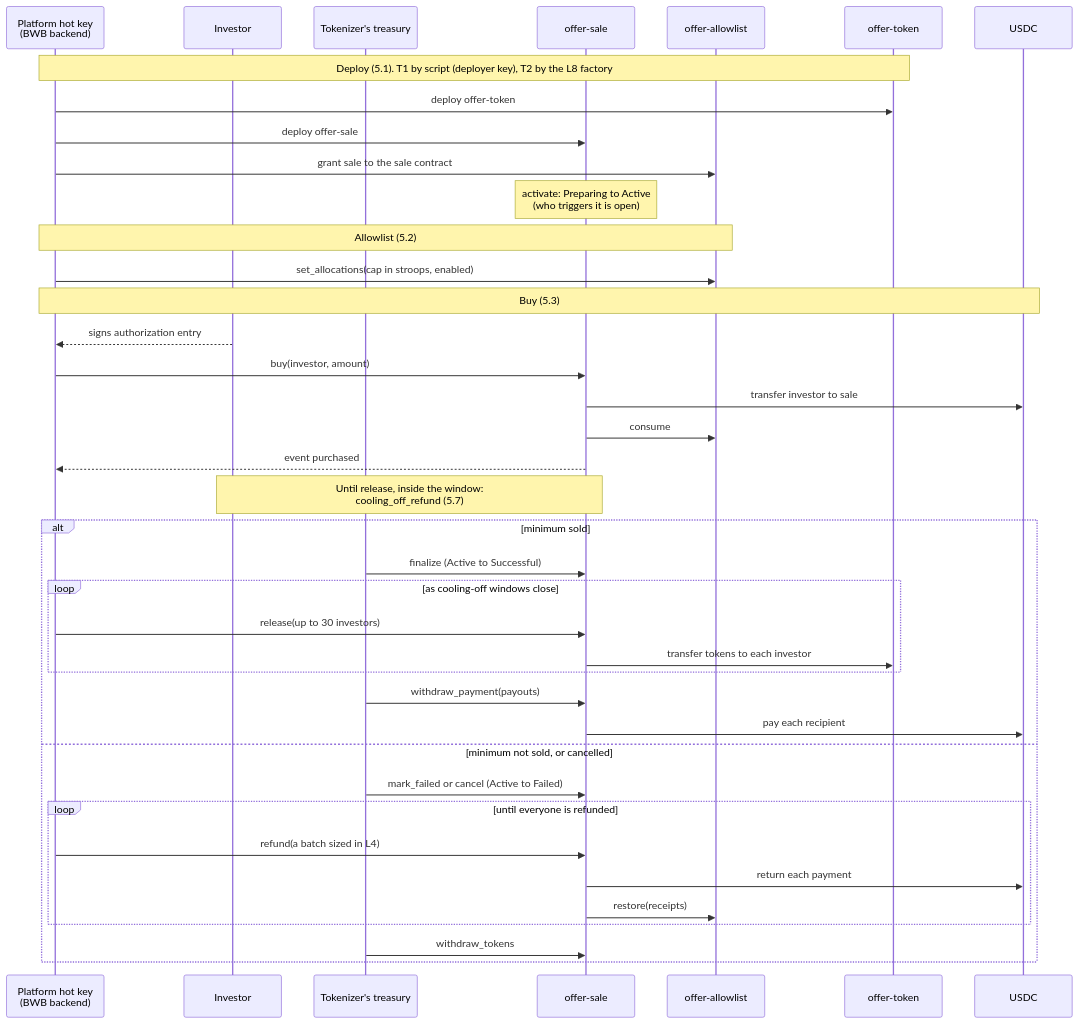
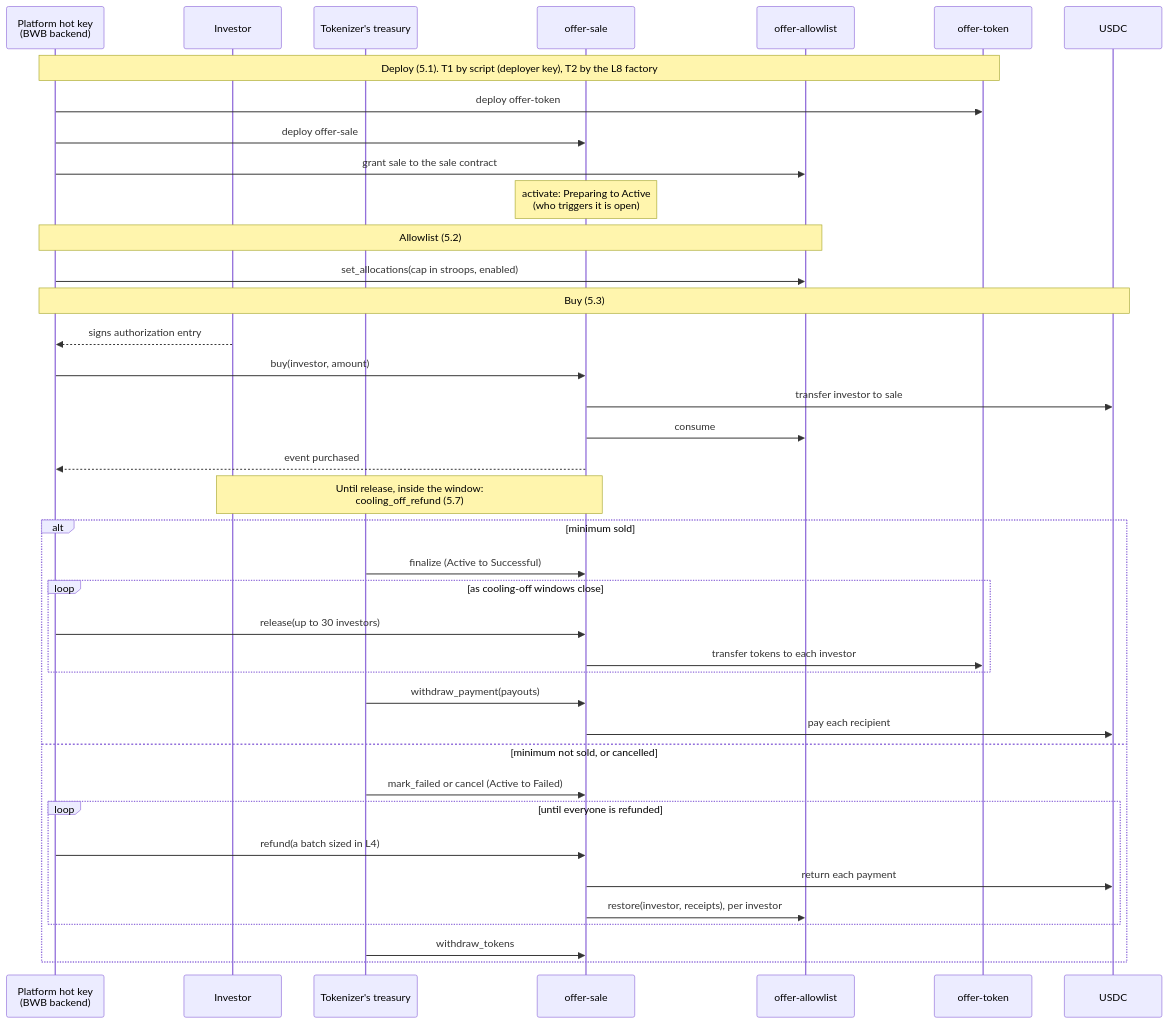
The first of 2 diagrams in docs/interface.md (BWB-Labs/bwb-stellar), drawn with Mermaid before and after one commit. The commit also changed other lines of this file and 4 other files, not shown here.

First line of the commit message:
fix(offer-allowlist): review findings on receipts per investor

````diff
--- a/docs/interface.md
+++ b/docs/interface.md
@@ -78,45 +78,45 @@
 ```mermaid
 sequenceDiagram
   participant HK as Platform hot key<br/>(BWB backend)
   participant INV as Investor
   participant IT as Tokenizer's treasury
   participant S as offer-sale
   participant A as offer-allowlist
   participant T as offer-token
   participant U as USDC
 
   Note over HK,T: Deploy (5.1). T1 by script (deployer key), T2 by the L8 factory
   HK->>T: deploy offer-token
   HK->>S: deploy offer-sale
   HK->>A: grant sale to the sale contract
   Note over S: activate: Preparing to Active<br/>(who triggers it is open)
 
   Note over HK,A: Allowlist (5.2)
   HK->>A: set_allocations(cap in stroops, enabled)
 
   Note over HK,U: Buy (5.3)
   INV-->>HK: signs authorization entry
   HK->>S: buy(investor, amount)
   S->>U: transfer investor to sale
   S->>A: consume
   S-->>HK: event purchased
   Note over INV,S: Until release, inside the window:<br/>cooling_off_refund (5.7)
 
   alt minimum sold
     IT->>S: finalize (Active to Successful)
     loop as cooling-off windows close
       HK->>S: release(up to 30 investors)
       S->>T: transfer tokens to each investor
     end
     IT->>S: withdraw_payment(payouts)
     S->>U: pay each recipient
   else minimum not sold, or cancelled
     IT->>S: mark_failed or cancel (Active to Failed)
     loop until everyone is refunded
       HK->>S: refund(a batch sized in L4)
       S->>U: return each payment
-      S->>A: restore(receipts)
+      S->>A: restore(investor, receipts), per investor
     end
     IT->>S: withdraw_tokens
   end
 ```
````
